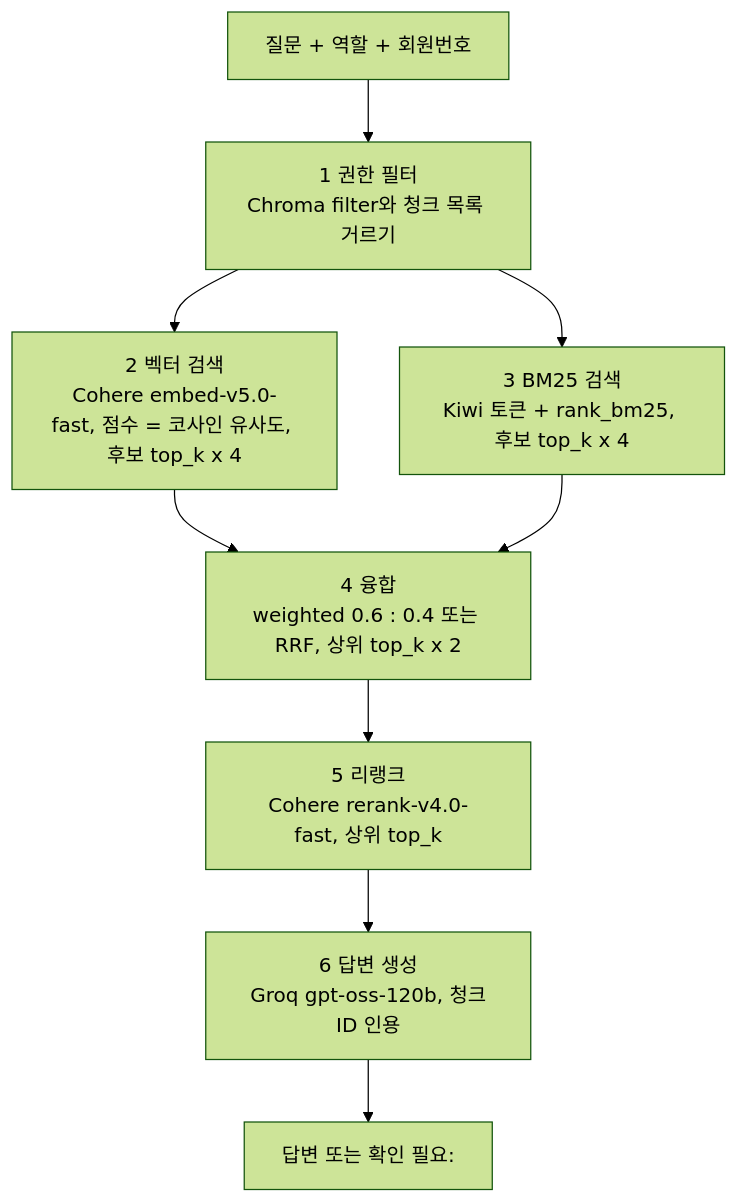
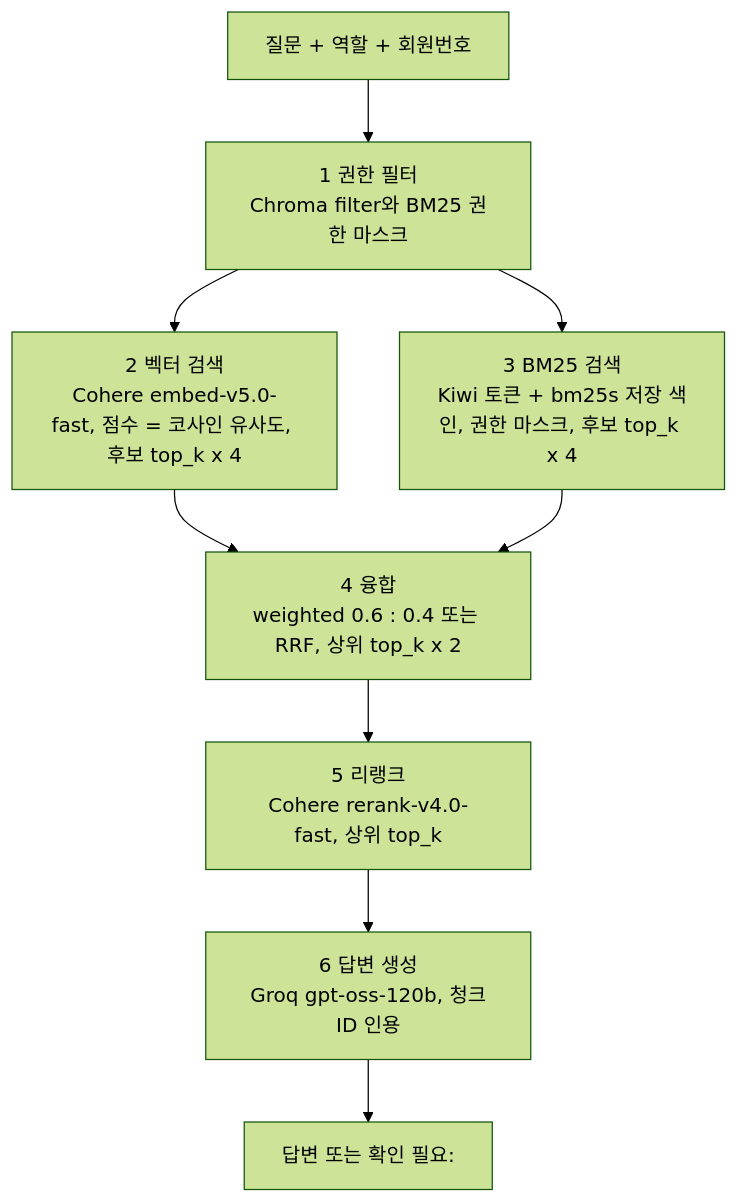
One commit to unicorn-campus/hybrid-ai changed the diagram in hands-on/solutions/rag/retriever/README.md. Above: the diagram before and after it, drawn with Mermaid (forest theme). The commit also changed other lines of this file and 12 other files, not shown here.

````diff
--- a/hands-on/solutions/rag/retriever/README.md
+++ b/hands-on/solutions/rag/retriever/README.md
@@ -28,11 +29,11 @@
 ```mermaid
 flowchart TD
-    Q[질문 + 역할 + 회원번호] --> F[1 권한 필터<br/>Chroma filter와 청크 목록 거르기]
+    Q[질문 + 역할 + 회원번호] --> F[1 권한 필터<br/>Chroma filter와 BM25 권한 마스크]
     F --> V[2 벡터 검색<br/>Cohere embed-v5.0-fast, 점수 = 코사인 유사도, 후보 top_k x 4]
-    F --> B[3 BM25 검색<br/>Kiwi 토큰 + rank_bm25, 후보 top_k x 4]
+    F --> B[3 BM25 검색<br/>Kiwi 토큰 + bm25s 저장 색인, 권한 마스크, 후보 top_k x 4]
     V --> M[4 융합<br/>weighted 0.6 : 0.4 또는 RRF, 상위 top_k x 2]
     B --> M
     M --> R[5 리랭크<br/>Cohere rerank-v4.0-fast, 상위 top_k]
     R --> A[6 답변 생성<br/>Groq gpt-oss-120b, 청크ID 인용]
     A --> O[답변 또는 확인 필요:]
 ```
````
